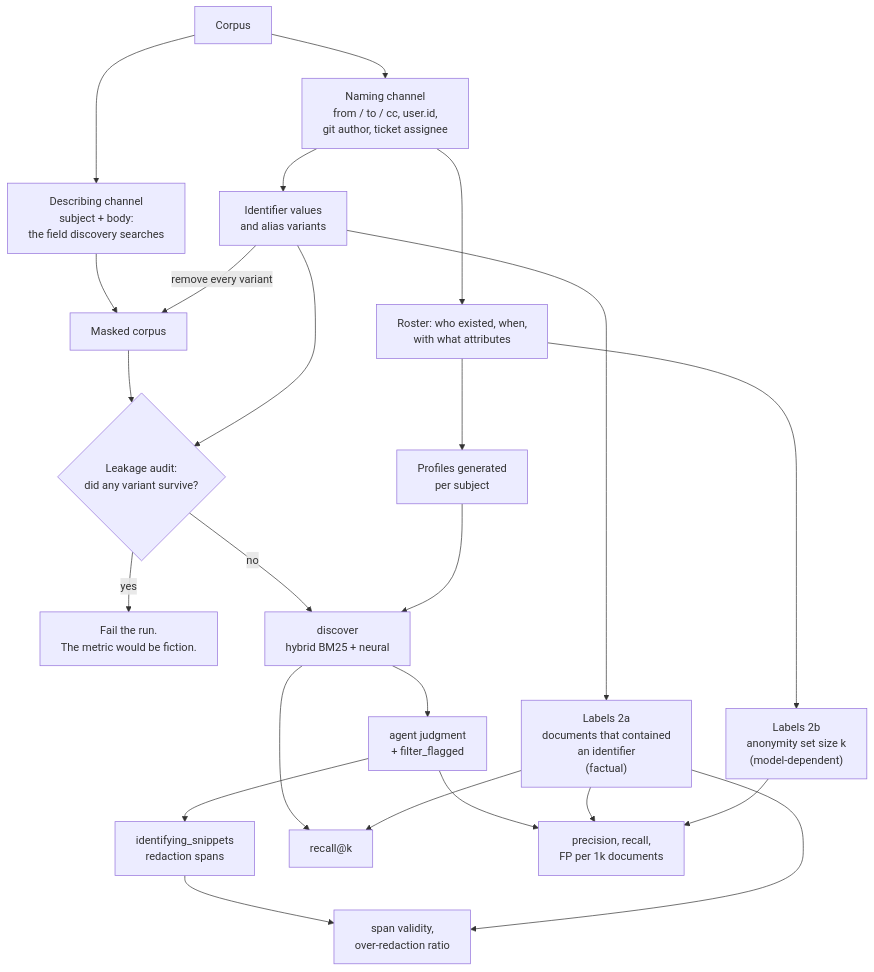
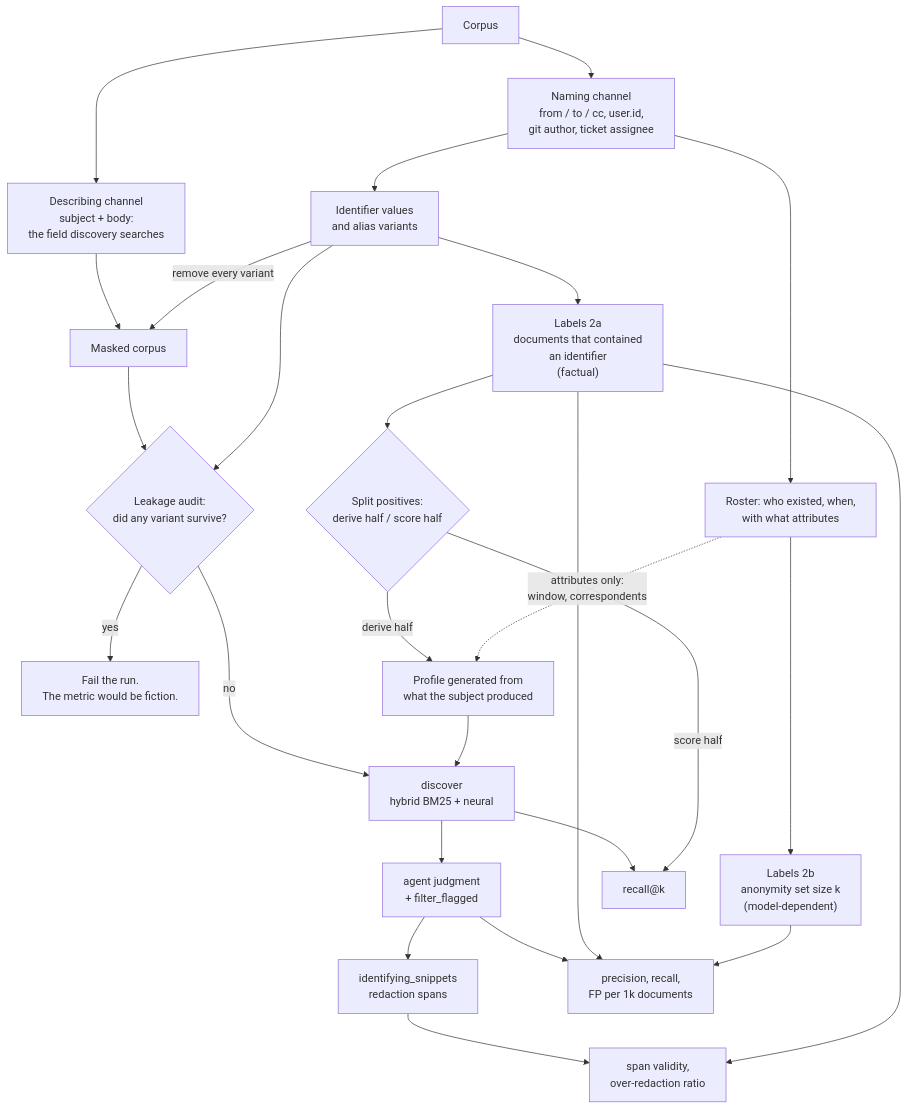
One commit to philterd/opensearch-agent-skill-right-to-be-forgotten changed the diagram in EVALUATION.md. Above: the diagram before and after it, drawn with Mermaid. The commit also changed other lines of this file, not shown here.

````diff
--- a/EVALUATION.md
+++ b/EVALUATION.md
@@ -44,35 +49,37 @@
 ```mermaid
 flowchart TD
     C["Corpus"]
     C --> N["Naming channel<br/>from / to / cc, user.id,<br/>git author, ticket assignee"]
     C --> D["Describing channel<br/>subject + body:<br/>the field discovery searches"]
 
     N --> ID["Identifier values<br/>and alias variants"]
     N --> R["Roster: who existed, when,<br/>with what attributes"]
 
     D --> M["Masked corpus"]
     ID -- "remove every variant" --> M
 
     ID --> L1["Labels 2a<br/>documents that contained<br/>an identifier<br/>(factual)"]
     R --> L2["Labels 2b<br/>anonymity set size k<br/>(model-dependent)"]
 
     M --> A{"Leakage audit:<br/>did any variant survive?"}
     ID --> A
     A -- "yes" --> STOP["Fail the run.<br/>The metric would be fiction."]
     A -- "no" --> DISC
 
-    R --> Q["Profiles generated<br/>per subject"]
+    L1 --> SPL{"Split positives:<br/>derive half / score half"}
+    SPL -- "derive half" --> Q["Profile generated from<br/>what the subject produced"]
+    R -. "attributes only:<br/>window, correspondents" .-> Q
     Q --> DISC
 
     DISC["discover<br/>hybrid BM25 + neural"] --> EV["agent judgment<br/>+ filter_flagged"]
     EV --> SP["identifying_snippets<br/>redaction spans"]
 
     DISC --> S1["recall@k"]
     EV --> S2["precision, recall,<br/>FP per 1k documents"]
     SP --> S3["span validity,<br/>over-redaction ratio"]
 
-    L1 --> S1
+    SPL -- "score half" --> S1
     L1 --> S2
     L2 --> S2
     L1 --> S3
 ```
````
